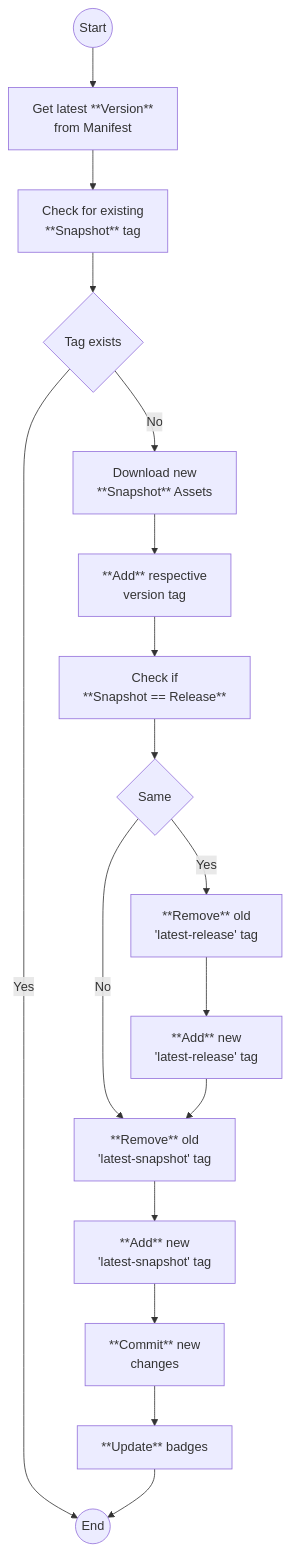
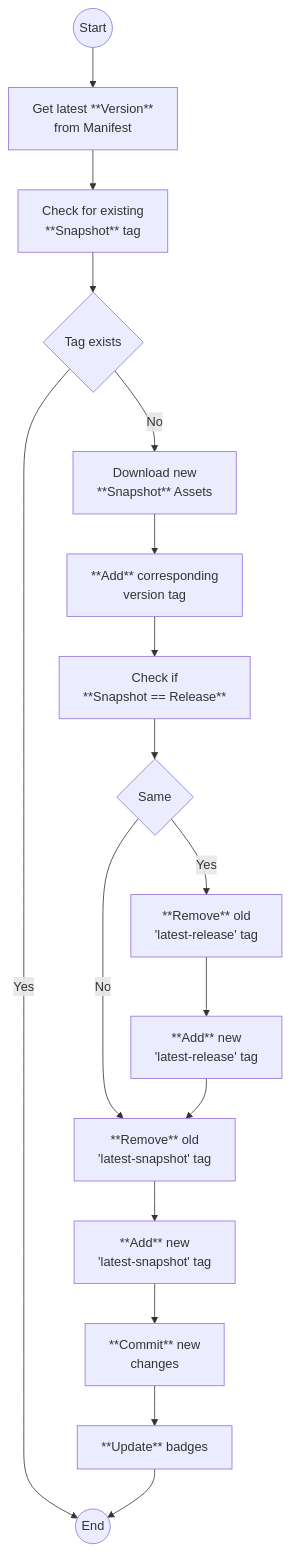
Before and after one commit to Resourcepack-Registry/default: the diagram in README.md, drawn with Mermaid.

````diff
--- a/README.md
+++ b/README.md
@@ -25,46 +25,46 @@
 ```mermaid
 flowchart TD
     START((Start))
     --> 
     A[Get latest **Version**<br>from Manifest]
     --> 
     B[Check for existing<br>**Snapshot** tag]
     -->
     TAG_EXISTS{Tag exists}
     -->
     |No| TAG_EXISTS_NO-A[Download new<br>**Snapshot** Assets]
     -->
-    TAG_EXISTS_NO-B[**Add** respective<br>version tag]
+    TAG_EXISTS_NO-B[**Add** corresponding<br>version tag]
     -->
     TAG_EXISTS_NO-C[Check if<br>**Snapshot == Release**]
     -->
     TAG_EXISTS_NO-SAME{Same}
     -->
     |Yes| TAG_EXISTS_NO-SAME_YES-A[**Remove** old<br>'latest-release' tag]
     -->
     TAG_EXISTS_NO-SAME_YES-B[**Add** new<br>'latest-release' tag]
     
     TAG_EXISTS_NO-SAME
     -->
     |No| TAG_EXISTS_NO-D[**Remove** old<br>'latest-release' tag]
     
     TAG_EXISTS_NO-SAME_YES-B
     -->
     TAG_EXISTS_NO-D
 
     TAG_EXISTS_NO-D[**Remove** old<br>'latest-snapshot' tag]
     -->
     TAG_EXISTS_NO-E[**Add** new<br>'latest-snapshot' tag]
     -->
     TAG_EXISTS_NO-F[**Commit** new<br>changes]
     -->
     TAG_EXISTS_NO-G[**Update** badges]
 
     TAG_EXISTS
     -->
     |Yes| END
 
     TAG_EXISTS_NO-G
     -->
     END((End))
 ```
````
